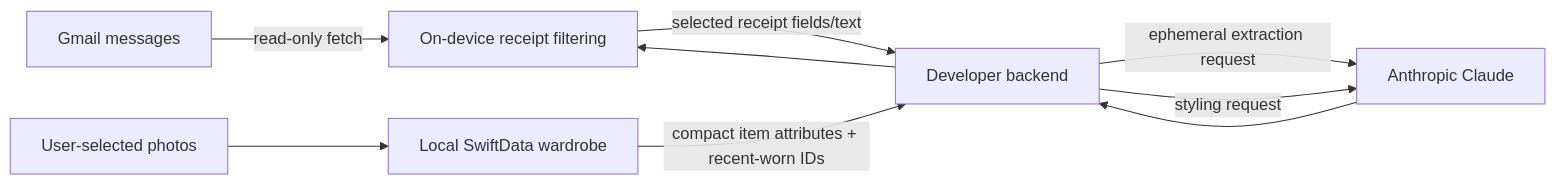
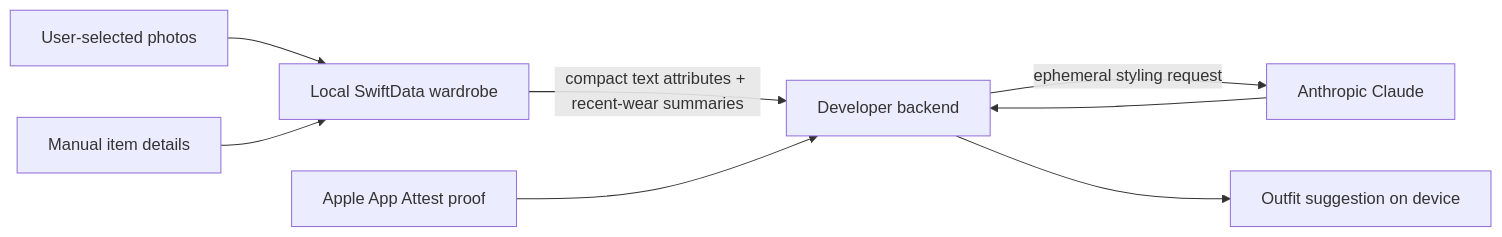
One commit to tzehon/wardrobe-stylist changed the diagram in docs/privacy.md. Above: the diagram before and after it, drawn with Mermaid. The commit also changed other lines of this file and 20 other files, not shown here.

````diff
--- a/docs/privacy.md
+++ b/docs/privacy.md
@@ -25,10 +13,9 @@
 ```mermaid
 flowchart LR
-    Gmail["Gmail messages"] -->|"read-only fetch"| Device["On-device receipt filtering"]
-    Device -->|"selected receipt fields/text"| API["Developer backend"]
-    API -->|"ephemeral extraction request"| Claude["Anthropic Claude"]
     Photos["User-selected photos"] --> Catalog["Local SwiftData wardrobe"]
-    Catalog -->|"compact item attributes + recent-worn IDs"| API
-    API -->|"styling request"| Claude
-    Claude --> API --> Device
+    Manual["Manual item details"] --> Catalog
+    Catalog -->|"compact text attributes + recent-wear summaries"| API["Developer backend"]
+    AppAttest["Apple App Attest proof"] --> API
+    API -->|"ephemeral styling request"| Claude["Anthropic Claude"]
+    Claude --> API --> Device["Outfit suggestion on device"]
 ```
````
